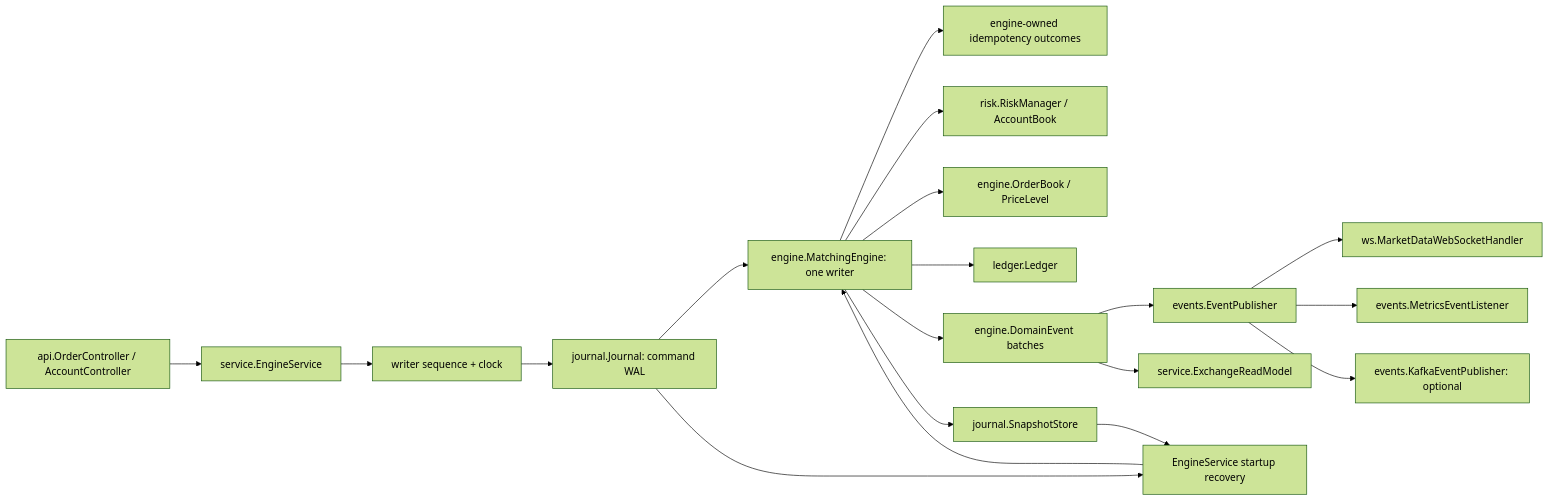
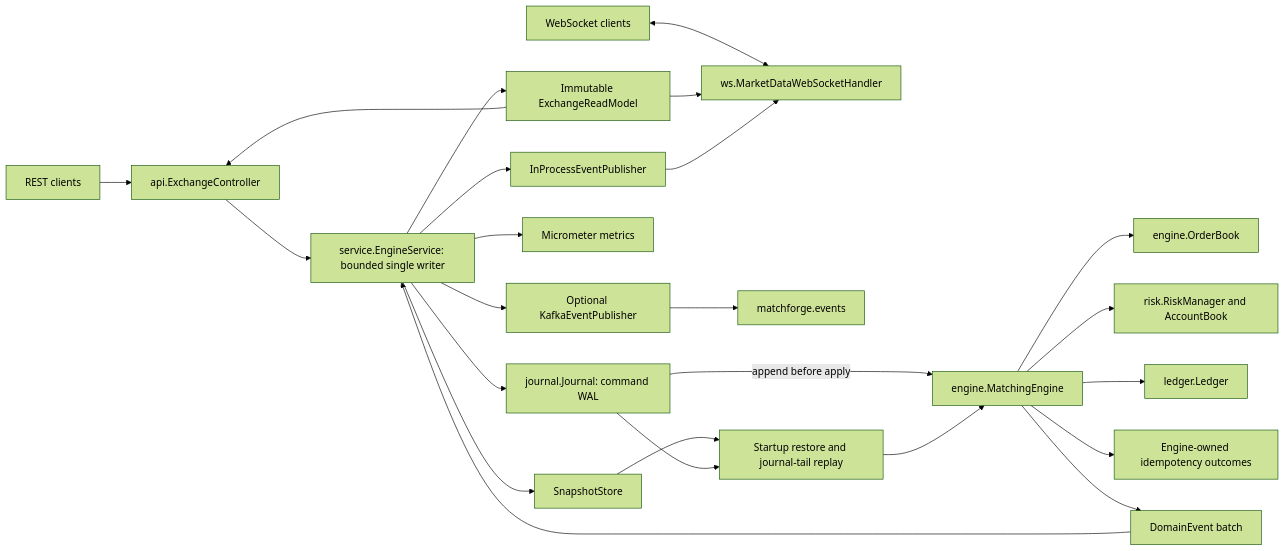
Before and after one commit to GuilhermeBars/matchforge: the diagram in docs/architecture.md, drawn with Mermaid (forest theme). The commit also changed other lines of this file and 6 other files, not shown here.

Commit message:
Write README with architecture diagrams, design trade-offs, API walkthrough, test and benchmark results

````diff
--- a/docs/architecture.md
+++ b/docs/architecture.md
@@ -8,21 +10,26 @@
 ```mermaid
 flowchart LR
-    REST[api.OrderController / AccountController] --> D[service.EngineService]
-    D --> S[writer sequence + clock]
-    S --> WAL[journal.Journal: command WAL]
-    WAL --> E[engine.MatchingEngine: one writer]
-    E --> I[engine-owned idempotency outcomes]
-    E --> R[risk.RiskManager / AccountBook]
-    E --> B[engine.OrderBook / PriceLevel]
+    REST[REST clients] --> C[api.ExchangeController]
+    WS[WebSocket clients] <--> H[ws.MarketDataWebSocketHandler]
+    C --> S[service.EngineService: bounded single writer]
+    S --> J[journal.Journal: command WAL]
+    J -->|append before apply| E[engine.MatchingEngine]
+    E --> B[engine.OrderBook]
+    E --> R[risk.RiskManager and AccountBook]
     E --> L[ledger.Ledger]
-    E --> EV[engine.DomainEvent batches]
-    EV --> P[events.EventPublisher]
-    P --> WS[ws.MarketDataWebSocketHandler]
-    P --> M[events.MetricsEventListener]
-    P --> K[events.KafkaEventPublisher: optional]
-    EV --> V[service.ExchangeReadModel]
-    E --> SS[journal.SnapshotStore]
-    SS --> REC[EngineService startup recovery]
-    WAL --> REC
+    E --> I[Engine-owned idempotency outcomes]
+    E --> EV[DomainEvent batch]
+    EV --> S
+    S --> V[Immutable ExchangeReadModel]
+    V --> C
+    V --> H
+    S --> M[Micrometer metrics]
+    S --> P[InProcessEventPublisher]
+    P --> H
+    S --> K[Optional KafkaEventPublisher]
+    K --> T[matchforge.events]
+    S --> SS[SnapshotStore]
+    SS --> REC[Startup restore and journal-tail replay]
+    J --> REC
     REC --> E
 ```
````
